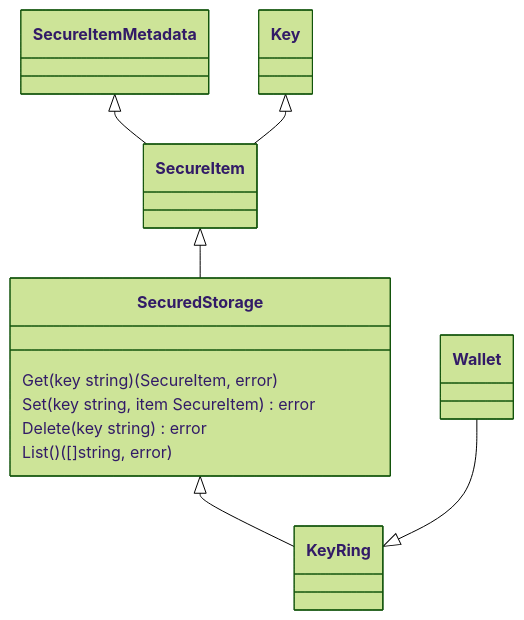
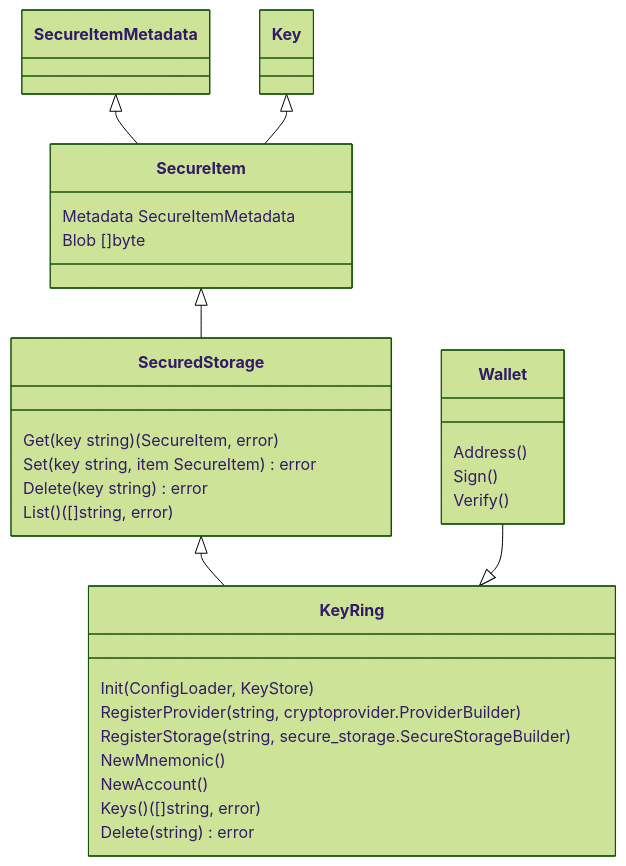
The third of 7 diagrams in crypto/docs/adr.md (Zondax/cosmos-sdk), drawn with Mermaid (forest theme) before and after one commit. The commit also changed other lines of this file and 1 other file, not shown here.

Commit message:
improvements on diagrams

````diff
--- a/crypto/docs/adr.md
+++ b/crypto/docs/adr.md
@@ -103,17 +101,30 @@
 ```mermaid
 classDiagram
 
 SecuredStorage <|-- KeyRing
 
 SecuredStorage : Get(key string) (SecureItem, error)
 SecuredStorage : Set(key string, item SecureItem) error
 SecuredStorage : Delete(key string) error
 SecuredStorage : List() ([]string, error)
 
 SecureItem <|-- SecuredStorage
+SecureItem : Metadata SecureItemMetadata
+SecureItem :  Blob []byte
 SecureItemMetadata <|-- SecureItem
 
 Key <|-- SecureItem
 
 Wallet --|> KeyRing
+Wallet : Address()
+Wallet : Sign()
+Wallet : Verify()
+
+KeyRing : Init(ConfigLoader, KeyStore)
+KeyRing : RegisterProvider(string, cryptoprovider.ProviderBuilder)
+KeyRing : RegisterStorage(string, secure_storage.SecureStorageBuilder)
+KeyRing : NewMnemonic()
+KeyRing : NewAccount()
+KeyRing : Keys() ([]string, error)
+KeyRing : Delete(string) error
 ```
````
